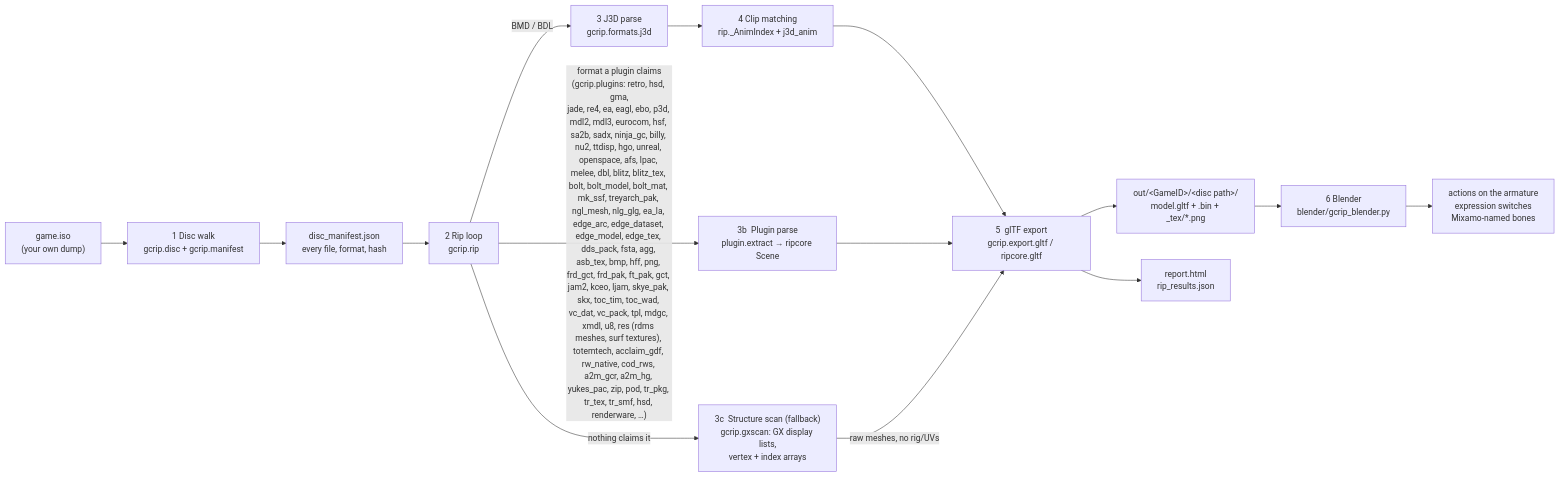
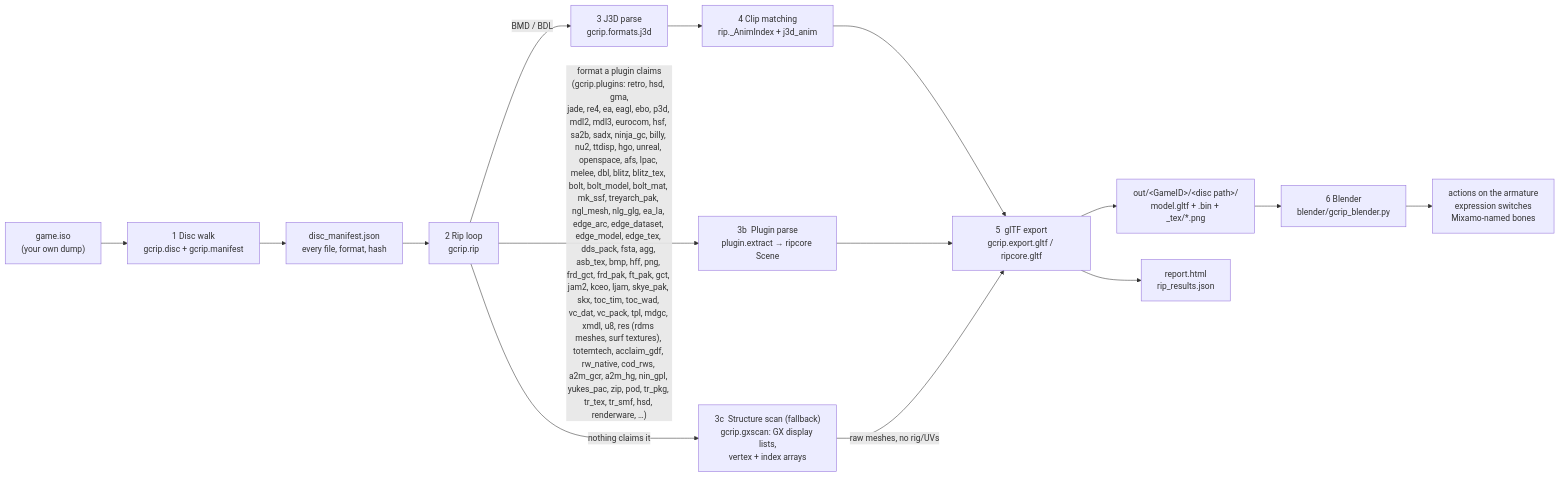
Before and after one commit to Felbs/3d-ripper-9000: the first of 10 diagrams in docs/PIPELINE.md, drawn with Mermaid. The commit also changed other lines of this file and 6 other files, not shown here.

````diff
--- a/docs/PIPELINE.md
+++ b/docs/PIPELINE.md
@@ -11,17 +11,17 @@
 ```mermaid
 flowchart LR
     ISO["game.iso<br/>(your own dump)"] --> WALK["1  Disc walk<br/>gcrip.disc + gcrip.manifest"]
     WALK --> MAN["disc_manifest.json<br/>every file, format, hash"]
     MAN --> RIP["2  Rip loop<br/>gcrip.rip"]
     RIP -->|"BMD / BDL"| J3D["3  J3D parse<br/>gcrip.formats.j3d"]
-    RIP -->|"format a plugin claims<br/>(gcrip.plugins: retro, hsd, gma,<br/>jade, re4, ea, eagl, ebo, p3d, mdl2, mdl3, eurocom, hsf, sa2b, sadx, ninja_gc, billy, nu2, ttdisp, hgo, unreal, openspace, afs, lpac, melee, dbl, blitz, blitz_tex, bolt, bolt_model, bolt_mat, mk_ssf, treyarch_pak, ngl_mesh, nlg_glg, ea_la, edge_arc, edge_dataset, edge_model, edge_tex, dds_pack, fsta, agg, asb_tex, bmp, hff, png, frd_gct, frd_pak, ft_pak, gct, jam2, kceo, ljam, skye_pak, skx, toc_tim, toc_wad, vc_dat, vc_pack, tpl, mdgc, xmdl, u8, res (rdms meshes, surf textures), totemtech, acclaim_gdf, rw_native, cod_rws, a2m_gcr, a2m_hg, yukes_pac, zip, pod, tr_pkg, tr_tex, tr_smf, hsd, renderware, …)"| PLUG["3b  Plugin parse<br/>plugin.extract → ripcore Scene"]
+    RIP -->|"format a plugin claims<br/>(gcrip.plugins: retro, hsd, gma,<br/>jade, re4, ea, eagl, ebo, p3d, mdl2, mdl3, eurocom, hsf, sa2b, sadx, ninja_gc, billy, nu2, ttdisp, hgo, unreal, openspace, afs, lpac, melee, dbl, blitz, blitz_tex, bolt, bolt_model, bolt_mat, mk_ssf, treyarch_pak, ngl_mesh, nlg_glg, ea_la, edge_arc, edge_dataset, edge_model, edge_tex, dds_pack, fsta, agg, asb_tex, bmp, hff, png, frd_gct, frd_pak, ft_pak, gct, jam2, kceo, ljam, skye_pak, skx, toc_tim, toc_wad, vc_dat, vc_pack, tpl, mdgc, xmdl, u8, res (rdms meshes, surf textures), totemtech, acclaim_gdf, rw_native, cod_rws, a2m_gcr, a2m_hg, nin_gpl, yukes_pac, zip, pod, tr_pkg, tr_tex, tr_smf, hsd, renderware, …)"| PLUG["3b  Plugin parse<br/>plugin.extract → ripcore Scene"]
     RIP -->|"nothing claims it"| GX["3c  Structure scan (fallback)<br/>gcrip.gxscan: GX display lists,<br/>vertex + index arrays"]
     J3D --> ANIM["4  Clip matching<br/>rip._AnimIndex + j3d_anim"]
     ANIM --> GLTF["5  glTF export<br/>gcrip.export.gltf / ripcore.gltf"]
     PLUG --> GLTF
     GX -->|"raw meshes, no rig/UVs"| GLTF
     GLTF --> OUT["out/&lt;GameID&gt;/&lt;disc path&gt;/<br/>model.gltf + .bin + _tex/*.png"]
     GLTF --> REP["report.html<br/>rip_results.json"]
     OUT --> BL["6  Blender<br/>blender/gcrip_blender.py"]
     BL --> PLAY["actions on the armature<br/>expression switches<br/>Mixamo-named bones"]
 ```
````
